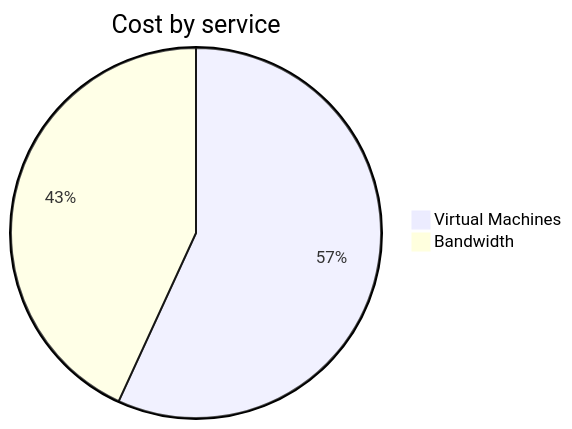
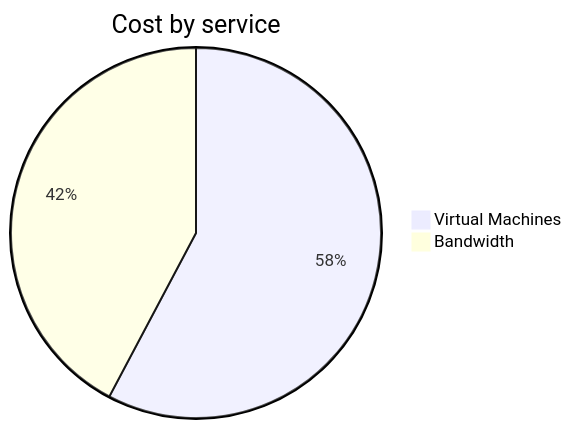
The second of 4 diagrams in cost-reports/personal-network/vpn-server.md (jpfulton/azure-personal-reports), drawn with Mermaid before and after one commit. The commit also changed other lines of this file and 8 other files, not shown here.

````diff
--- a/cost-reports/personal-network/vpn-server.md
+++ b/cost-reports/personal-network/vpn-server.md
@@ -96,6 +96,6 @@
 ```mermaid
 pie
    title Cost by service
-   "Virtual Machines" : 3.98
-   "Bandwidth" : 3.02
+   "Virtual Machines" : 4.17
+   "Bandwidth" : 3.05
 ```
````
